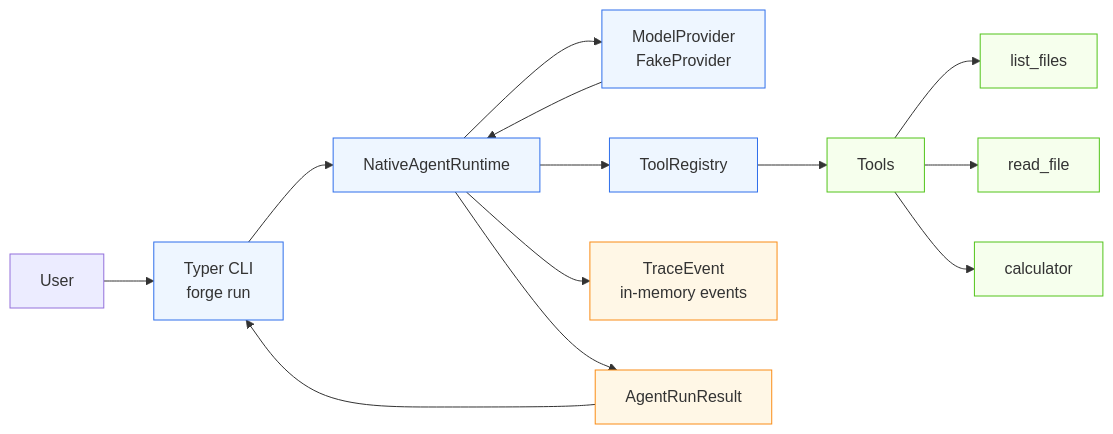
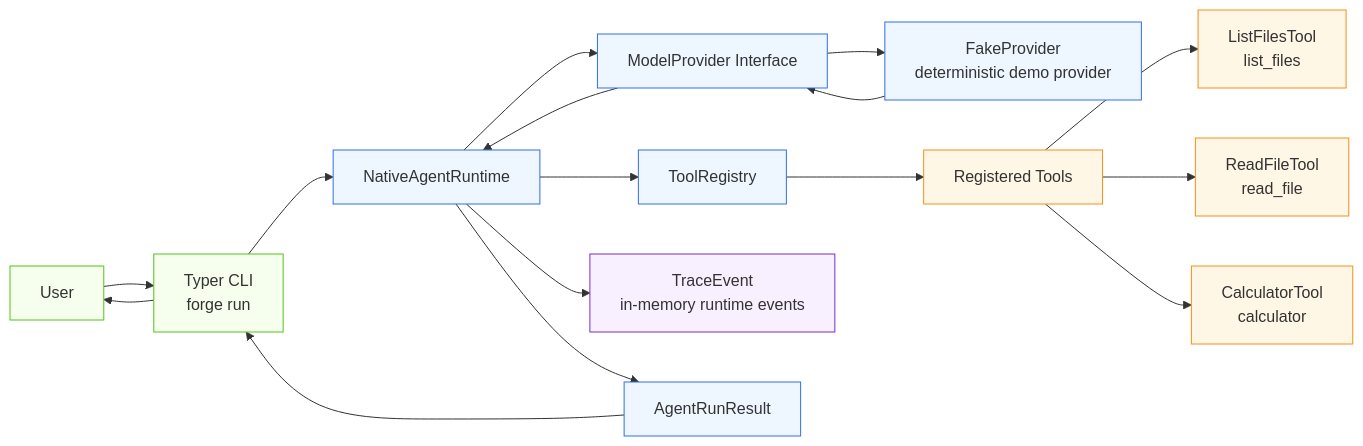
The first of 9 diagrams in README.md (Dreamer-Sea/forge-agent), drawn with Mermaid before and after one commit. The commit also changed other lines of this file, not shown here.

Commit message:
docs: rewrite README with staff-level architecture documentation

````diff
--- a/README.md
+++ b/README.md
@@ -61,28 +108,34 @@
 ```mermaid
 flowchart LR
     User["User"] --> CLI["Typer CLI<br/>forge run"]
+
     CLI --> Runtime["NativeAgentRuntime"]
 
-    Runtime --> Provider["ModelProvider<br/>FakeProvider"]
+    Runtime --> Provider["ModelProvider Interface"]
+    Provider --> FakeProvider["FakeProvider<br/>deterministic demo provider"]
+    FakeProvider --> Provider
     Provider --> Runtime
 
     Runtime --> Registry["ToolRegistry"]
-    Registry --> Tools["Tools"]
+    Registry --> Tools["Registered Tools"]
 
-    Tools --> ListFiles["list_files"]
-    Tools --> ReadFile["read_file"]
-    Tools --> Calculator["calculator"]
+    Tools --> ListFiles["ListFilesTool<br/>list_files"]
+    Tools --> ReadFile["ReadFileTool<br/>read_file"]
+    Tools --> Calculator["CalculatorTool<br/>calculator"]
 
-    Runtime --> Trace["TraceEvent<br/>in-memory events"]
+    Runtime --> Trace["TraceEvent<br/>in-memory runtime events"]
     Runtime --> Result["AgentRunResult"]
 
     Result --> CLI
+    CLI --> User
 
+    classDef entry fill:#f6ffed,stroke:#52c41a,stroke-width:1px;
     classDef core fill:#eef6ff,stroke:#2f6feb,stroke-width:1px;
-    classDef tool fill:#f6ffed,stroke:#52c41a,stroke-width:1px;
-    classDef output fill:#fff7e6,stroke:#fa8c16,stroke-width:1px;
+    classDef tool fill:#fff7e6,stroke:#fa8c16,stroke-width:1px;
+    classDef trace fill:#f9f0ff,stroke:#722ed1,stroke-width:1px;
 
-    class CLI,Runtime,Provider,Registry core;
+    class User,CLI entry;
+    class Runtime,Provider,FakeProvider,Registry,Result core;
     class Tools,ListFiles,ReadFile,Calculator tool;
-    class Trace,Result output;
+    class Trace trace;
 ```
````
